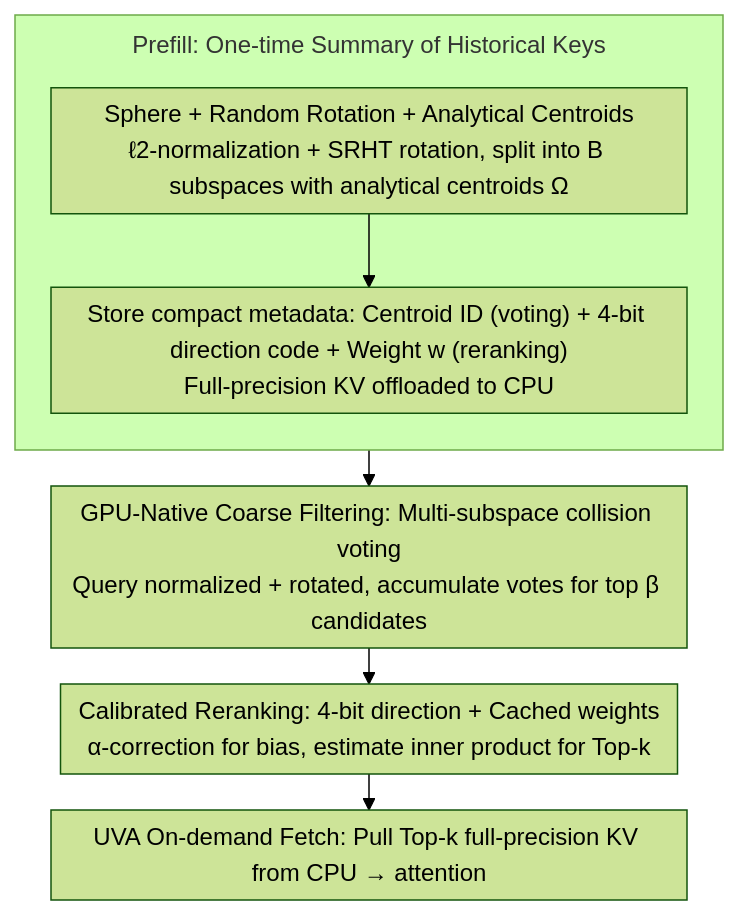
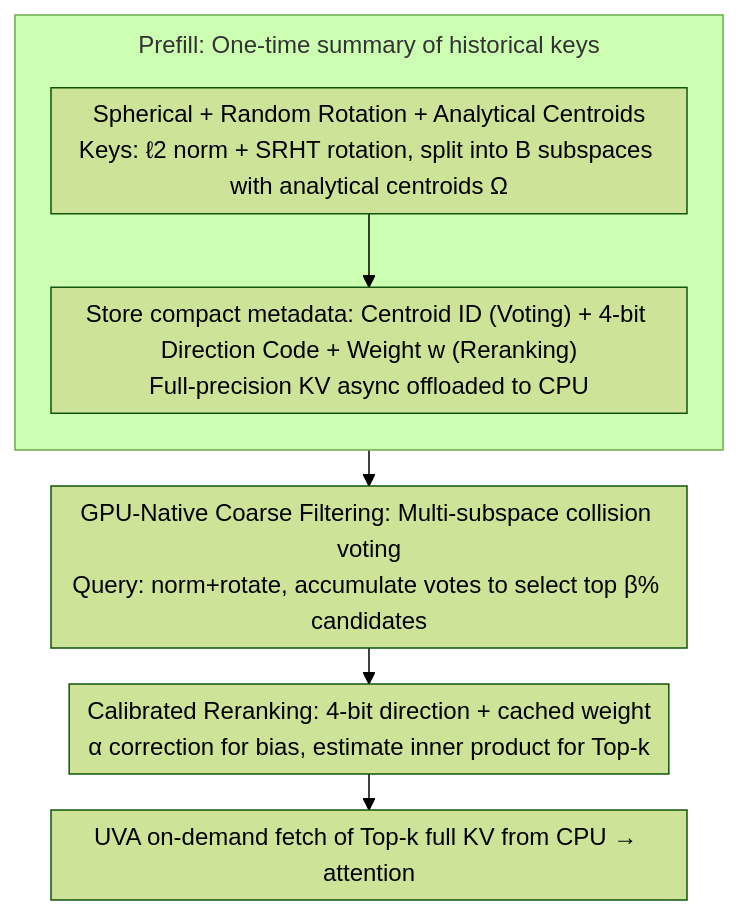
Before and after one commit to zhaoyang97/Paper-Notes-en: the diagram in docs/ICML2026/information_retrieval/pariskv_fast_and_drift-robust_kv-cache_retrieval_for_long-context_llms.md, drawn with Mermaid (forest theme). The commit also changed other lines of this file and 5084 other files, not shown here.

````diff
--- a/docs/ICML2026/information_retrieval/pariskv_fast_and_drift-robust_kv-cache_retrieval_for_long-context_llms.md
+++ b/docs/ICML2026/information_retrieval/pariskv_fast_and_drift-robust_kv-cache_retrieval_for_long-context_llms.md
@@ -45,12 +45,12 @@
 ```mermaid
 %%{init: {'flowchart': {'rankSpacing': 24, 'nodeSpacing': 28, 'padding': 6, 'wrappingWidth': 400, 'subGraphTitleMargin': {'top': 8, 'bottom': 16}}}}%%
 flowchart TD
-    subgraph PRE["Prefill: One-time Summary of Historical Keys"]
+    subgraph PRE["Prefill: One-time summary of historical keys"]
         direction TB
-        SPH["Sphere + Random Rotation + Analytical Centroids<br/>ℓ2-normalization + SRHT rotation, split into B subspaces with analytical centroids Ω"]
-        SPH --> META["Store compact metadata: Centroid ID (voting) + 4-bit direction code + Weight w (reranking)<br/>Full-precision KV offloaded to CPU"]
+        SPH["Spherical + Random Rotation + Analytical Centroids<br/>Keys: ℓ2 norm + SRHT rotation, split into B subspaces with analytical centroids Ω"]
+        SPH --> META["Store compact metadata: Centroid ID (Voting) + 4-bit Direction Code + Weight w (Reranking)<br/>Full-precision KV async offloaded to CPU"]
     end
-    META --> VOTE["GPU-Native Coarse Filtering: Multi-subspace collision voting<br/>Query normalized + rotated, accumulate votes for top β candidates"]
-    VOTE --> RERANK["Calibrated Reranking: 4-bit direction + Cached weights<br/>α-correction for bias, estimate inner product for Top-k"]
-    RERANK --> UVA["UVA On-demand Fetch: Pull Top-k full-precision KV from CPU → attention"]
+    META --> VOTE["GPU-Native Coarse Filtering: Multi-subspace collision voting<br/>Query: norm+rotate, accumulate votes to select top β% candidates"]
+    VOTE --> RERANK["Calibrated Reranking: 4-bit direction + cached weight<br/>α correction for bias, estimate inner product for Top-k"]
+    RERANK --> UVA["UVA on-demand fetch of Top-k full KV from CPU → attention"]
 ```
````
